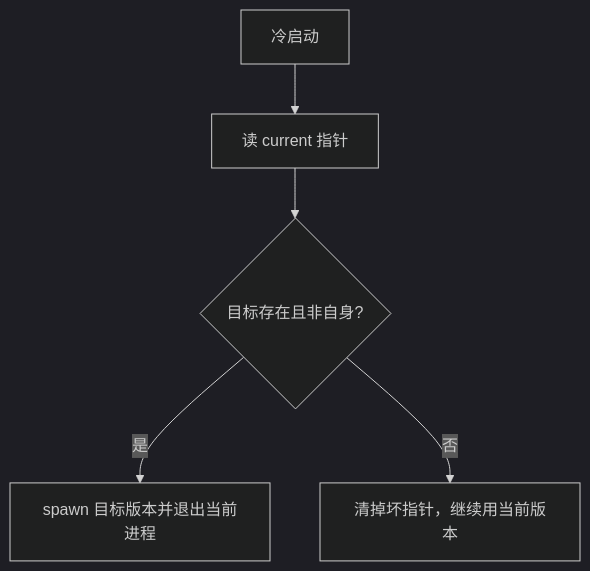
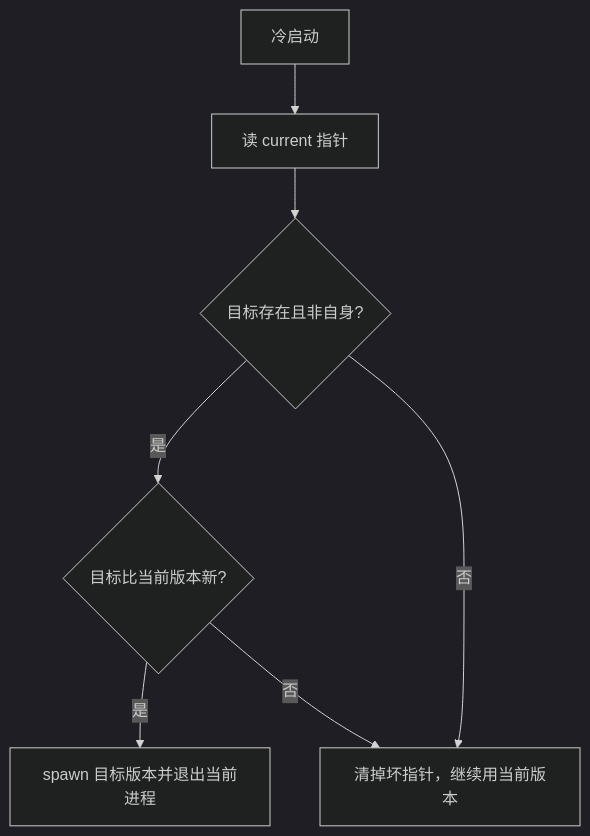
Before and after one commit to clawbench-dev/clawbench: the fourth of 4 diagrams in docs/spec/client/desktop-client.md, drawn with Mermaid (dark theme). The commit also changed other lines of this file and 2 other files, not shown here.

Commit message:
fix(desktop): 启动指针不再把新版拽回旧版本
current 指针只由应用内升级写入，职责是把用户往前推。旧指针（v0.132.0）
在用户手动装 v0.147 后仍每次启动接管，spawn app-v0.132.0 并退出当前进程，
表现是「装了新版、关于页还是老版本号」，且静默丢掉新版本里的修复
（终端 Shift+Insert 报「无法读取剪贴板」，那条桥接 v0.144 才有）。

- selectStartupVersion：指针指向更旧版本时返回空，不接管
- handOffToPointedVersion：这种陈旧指针顺手清掉
- 测试覆盖「更旧不接管」与「清掉指针」，变异验证两条都会红

````diff
--- a/docs/spec/client/desktop-client.md
+++ b/docs/spec/client/desktop-client.md
@@ -99,7 +99,9 @@
 ```mermaid
 flowchart TD
     A[冷启动] --> B[读 current 指针]
     B --> C{目标存在且非自身?}
-    C -->|是| D[spawn 目标版本并退出当前进程]
-    C -->|否| E[清掉坏指针，继续用当前版本]
+    C -->|是| C2{目标比当前版本新?}
+    C2 -->|是| D[spawn 目标版本并退出当前进程]
+    C2 -->|否| E[清掉坏指针，继续用当前版本]
+    C -->|否| E
 ```
````
